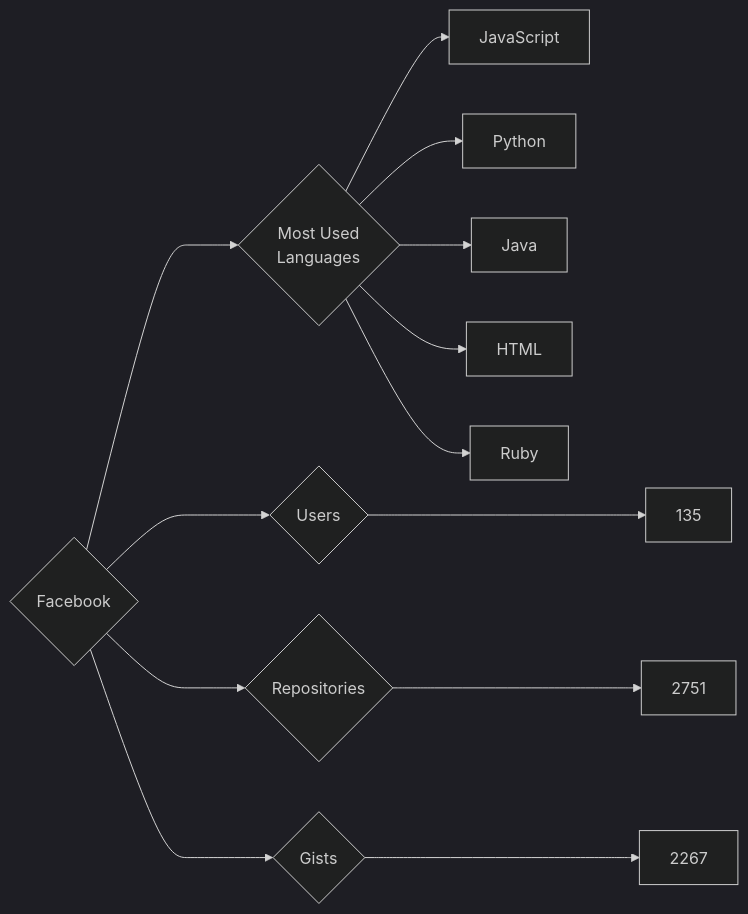
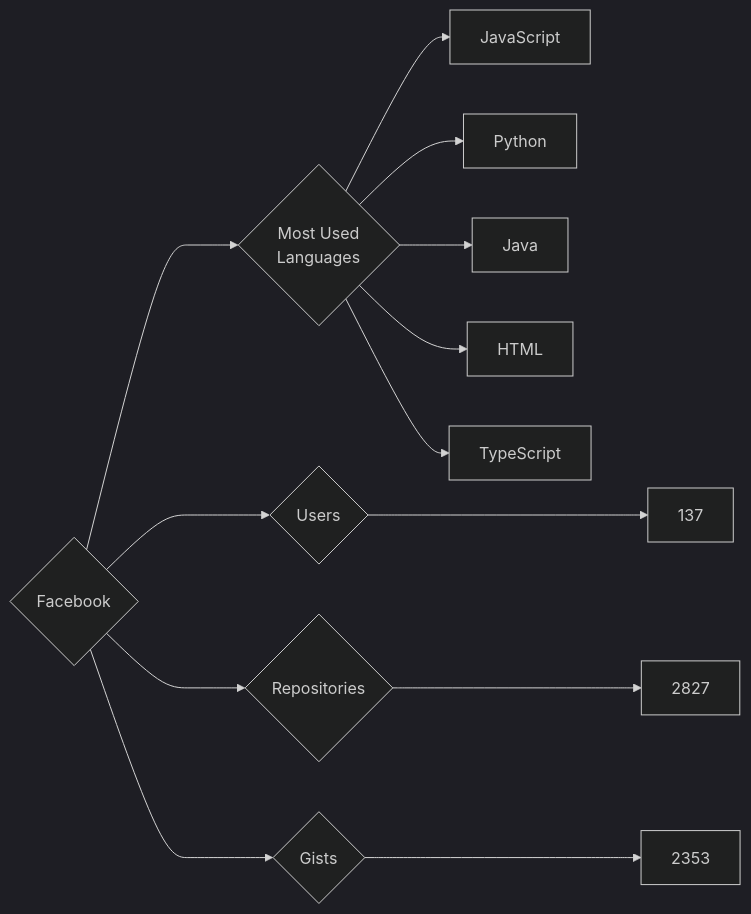
Before and after one commit to trickest/insiders: the diagram in targets/Facebook/README.md, drawn with Mermaid (dark theme). The commit also changed 614 other files, not shown here.

````diff
--- a/targets/Facebook/README.md
+++ b/targets/Facebook/README.md
@@ -3,13 +3,13 @@
 ```mermaid
 graph LR
 COMPANY_NAME{Facebook}
-COMPANY_NAME ---> U{Users} ---> UN[135]
-COMPANY_NAME ---> R{Repositories} ---> RN[2751]
-COMPANY_NAME ---> G{Gists} ---> GN[2267]
+COMPANY_NAME ---> U{Users} ---> UN[137]
+COMPANY_NAME ---> R{Repositories} ---> RN[2827]
+COMPANY_NAME ---> G{Gists} ---> GN[2353]
 COMPANY_NAME ---> ML{Most Used<br>Languages}
 ML --> JavaScript[JavaScript]
 ML --> Python[Python]
 ML --> Java[Java]
 ML --> HTML[HTML]
-ML --> Ruby[Ruby]
+ML --> TypeScript[TypeScript]
 ```
````
